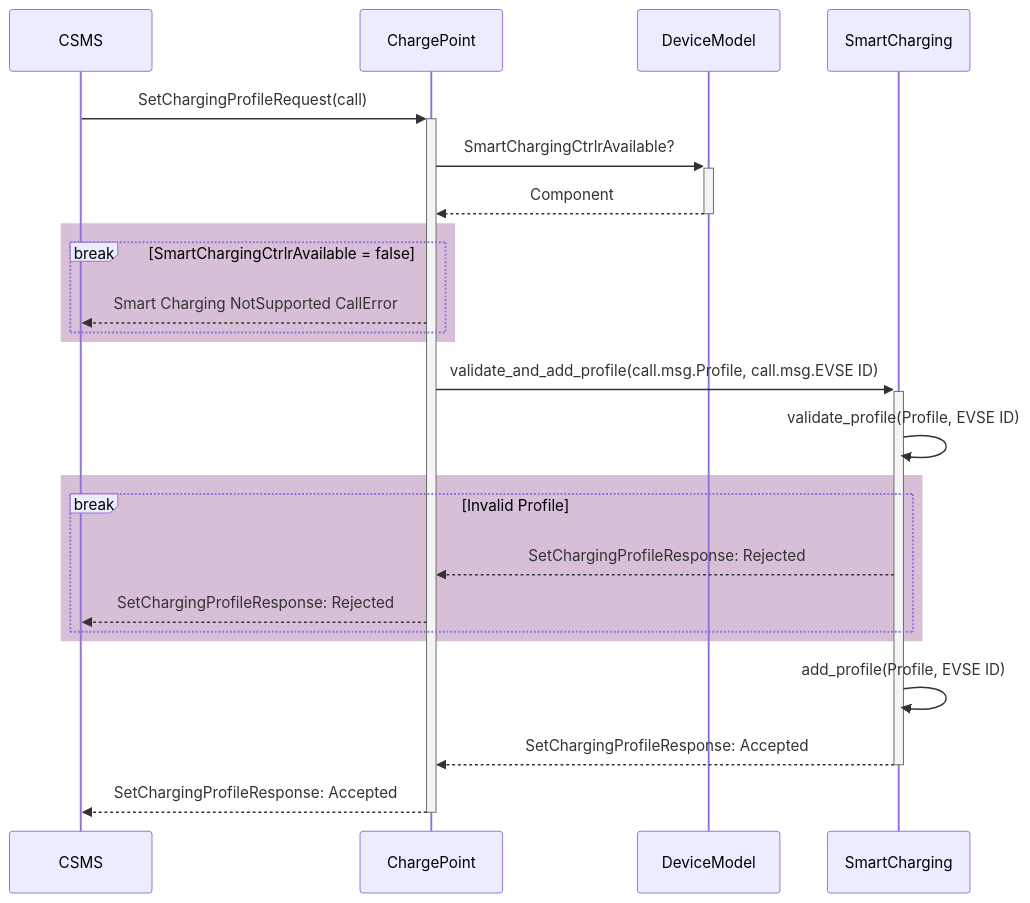
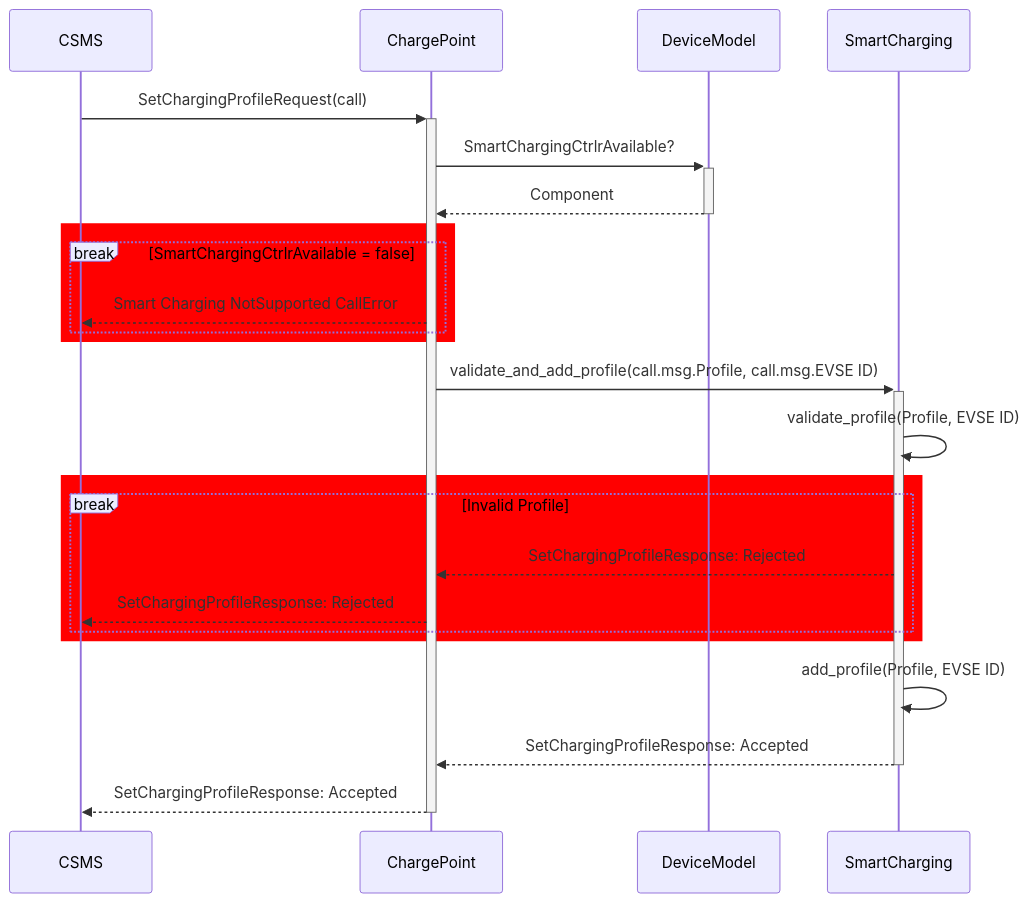
The first of 4 diagrams in README.md (EVerest/libocpp), drawn with Mermaid before and after one commit. The commit also changed other lines of this file, not shown here.

Commit message:
Updated diagram colors for README as per PR review

````diff
--- a/README.md
+++ b/README.md
@@ -477,30 +477,30 @@
 ```mermaid
 sequenceDiagram
     CSMS->>+ChargePoint : SetChargingProfileRequest(call)
 
     ChargePoint->>+DeviceModel : SmartChargingCtrlrAvailable?
     DeviceModel-->>-ChargePoint : Component
 
-    rect Thistle 
+    rect Red 
     break SmartChargingCtrlrAvailable = false
         ChargePoint-->>CSMS : Smart Charging NotSupported CallError
     end
     end
 
     ChargePoint->>+SmartCharging : validate_and_add_profile(call.msg.Profile, call.msg.EVSE ID)
 
     SmartCharging->>SmartCharging : validate_profile(Profile, EVSE ID)
 
-    rect Thistle 
+    rect Red 
     break Invalid Profile
         SmartCharging-->>ChargePoint : SetChargingProfileResponse: Rejected
         ChargePoint-->>CSMS : SetChargingProfileResponse: Rejected
     end
     end
 
     SmartCharging->>SmartCharging : add_profile(Profile, EVSE ID)
 
     SmartCharging-->>-ChargePoint : SetChargingProfileResponse: Accepted
 
     ChargePoint-->>-CSMS : SetChargingProfileResponse: Accepted
 ```
````
